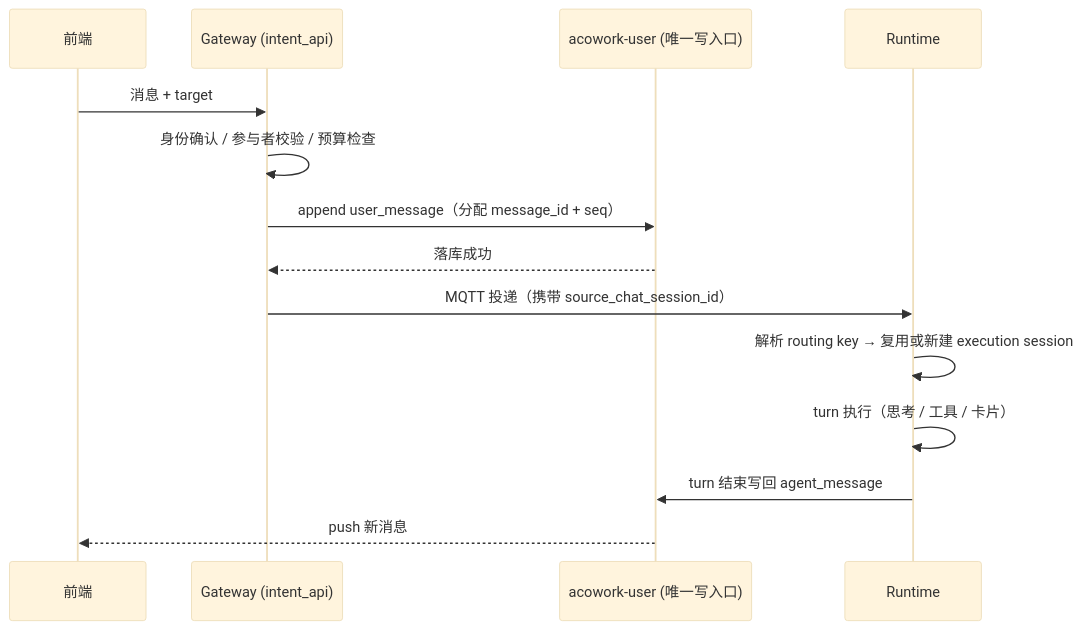
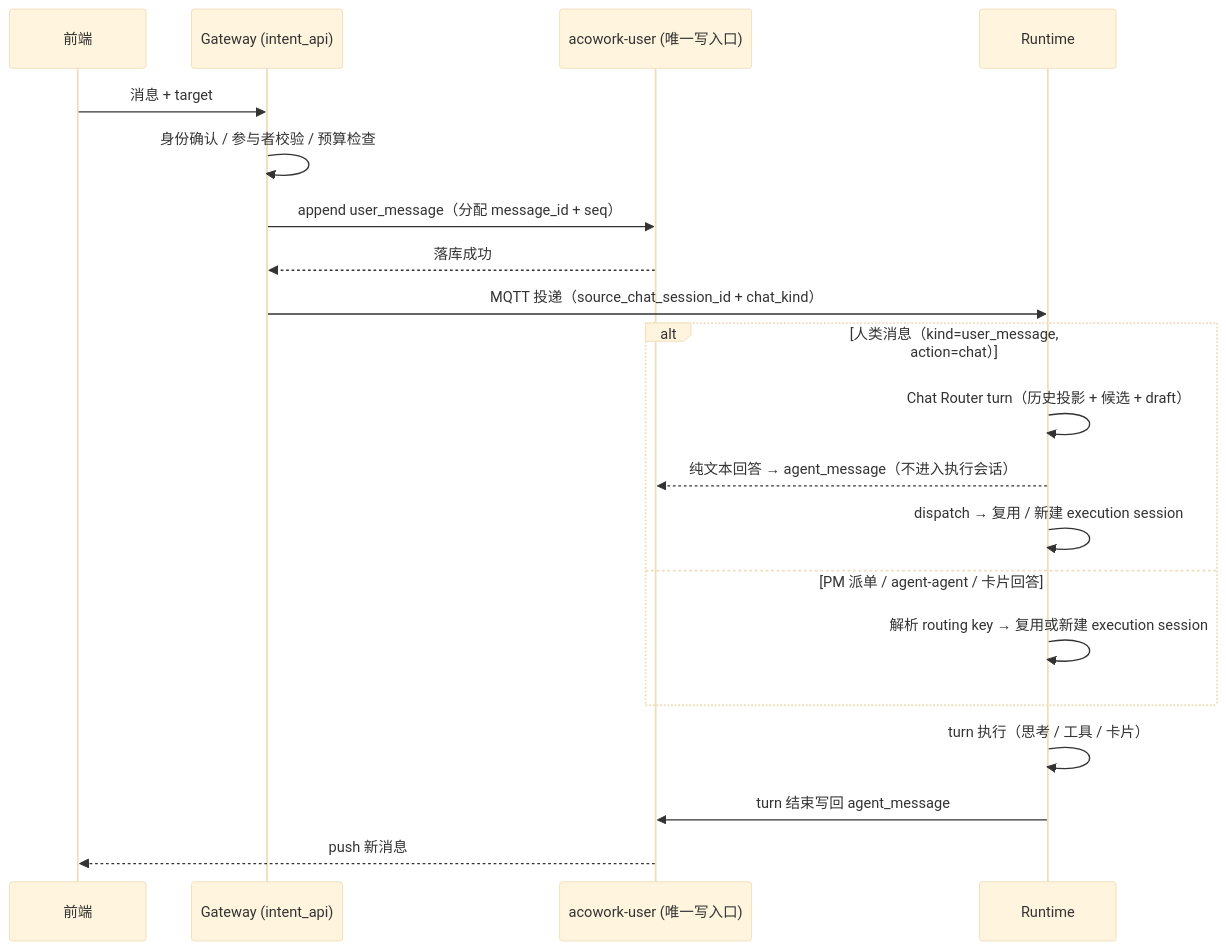
The fifth of 10 diagrams in docs/design/zh/27-intent-messaging-and-group-chat.md (acowork/acowork), drawn with Mermaid (base theme) before and after one commit. The commit also changed other lines of this file and 3 other files, not shown here.

Commit message:
docs(design): add chat session context orchestration design and freeze the router contract in design 27 (ADR-099)

````diff
--- a/docs/design/zh/27-intent-messaging-and-group-chat.md
+++ b/docs/design/zh/27-intent-messaging-and-group-chat.md
@@ -463,16 +495,22 @@
 ```mermaid
 sequenceDiagram
     participant FE as 前端
     participant GW as Gateway (intent_api)
     participant CU as acowork-user (唯一写入口)
     participant RT as Runtime
     FE->>GW: 消息 + target
     GW->>GW: 身份确认 / 参与者校验 / 预算检查
     GW->>CU: append user_message（分配 message_id + seq）
     CU-->>GW: 落库成功
-    GW->>RT: MQTT 投递（携带 source_chat_session_id）
-    RT->>RT: 解析 routing key → 复用或新建 execution session
+    GW->>RT: MQTT 投递（source_chat_session_id + chat_kind）
+    alt 人类消息（kind=user_message, action=chat）
+        RT->>RT: Chat Router turn（历史投影 + 候选 + draft）
+        RT-->>CU: 纯文本回答 → agent_message（不进入执行会话）
+        RT->>RT: dispatch → 复用 / 新建 execution session
+    else PM 派单 / agent-agent / 卡片回答
+        RT->>RT: 解析 routing key → 复用或新建 execution session
+    end
     RT->>RT: turn 执行（思考 / 工具 / 卡片）
     RT->>CU: turn 结束写回 agent_message
     CU-->>FE: push 新消息
 ```
````
